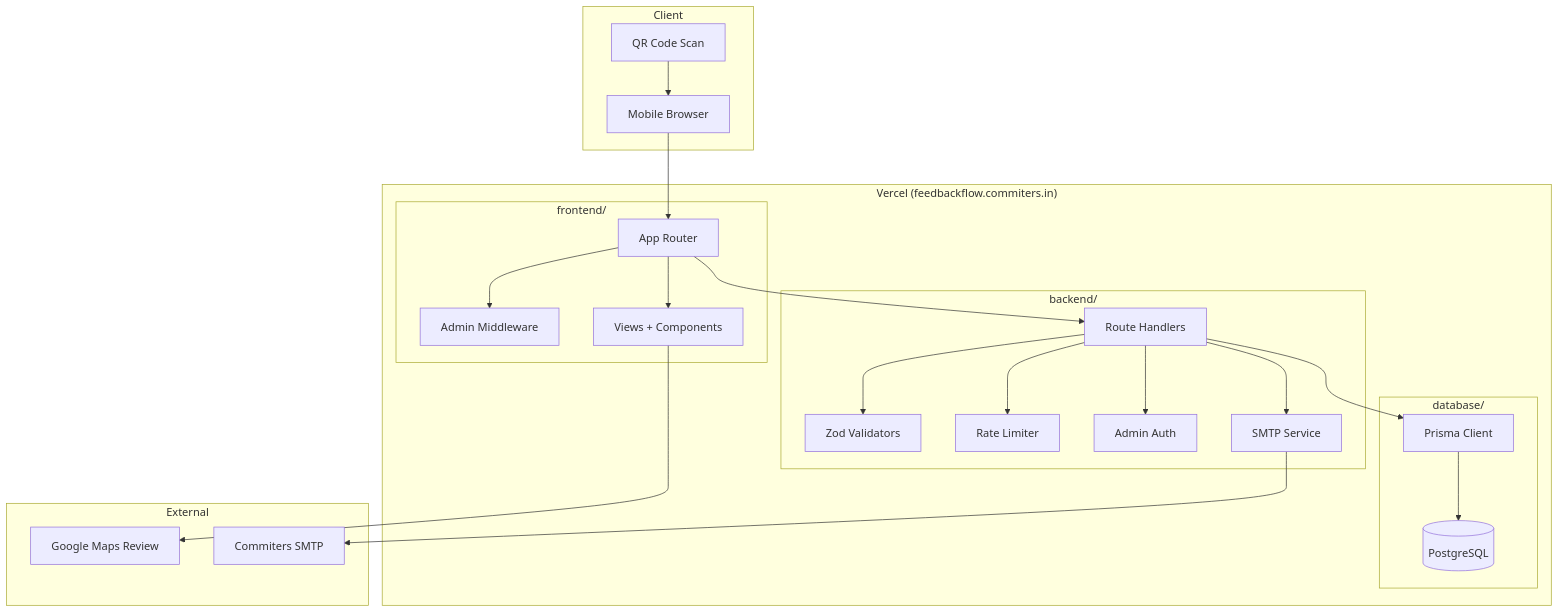
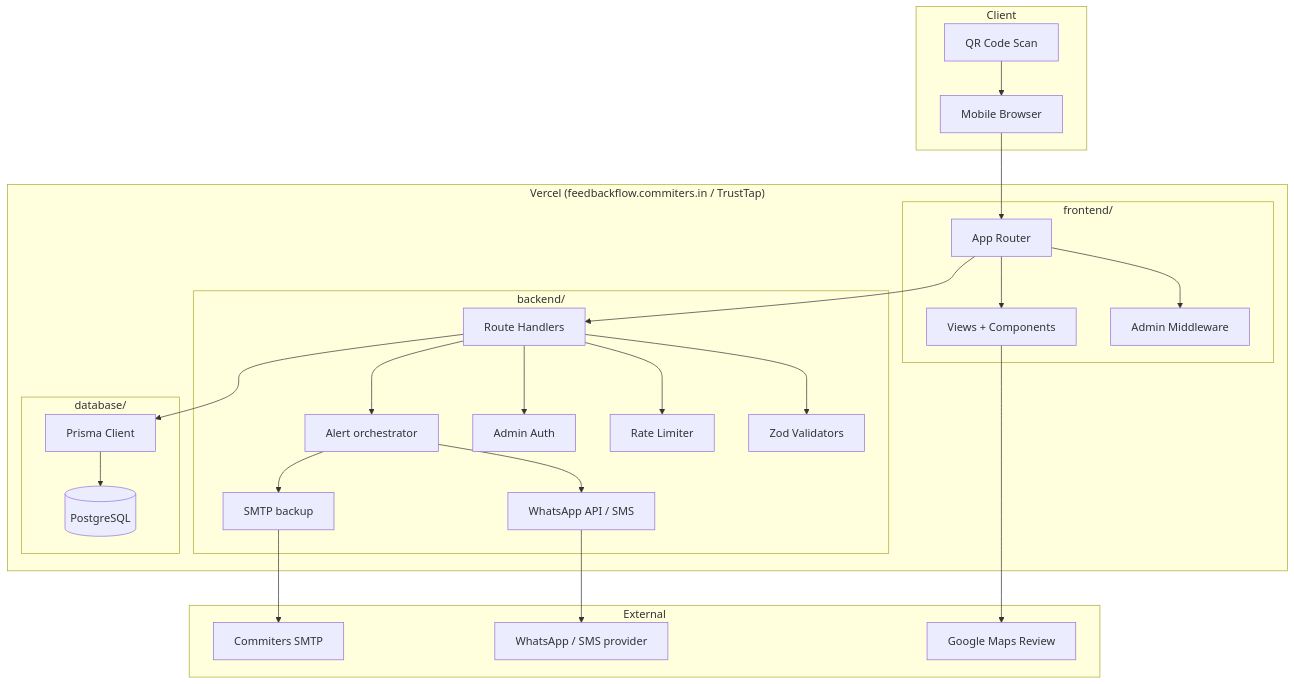
Before and after one commit to niteshrav/GoogleReviewQR: the first of 6 diagrams in docs/PHASE_1_ARCHITECTURE.md, drawn with Mermaid. The commit also changed other lines of this file and 9 other files, not shown here.

First line of the commit message:
Align Phase 1 docs with phone-first alerts and competitive positioning.

````diff
--- a/docs/PHASE_1_ARCHITECTURE.md
+++ b/docs/PHASE_1_ARCHITECTURE.md
@@ -27,47 +27,53 @@
 ```mermaid
 flowchart TB
     subgraph Client
         QR[QR Code Scan]
         Browser[Mobile Browser]
     end
 
-    subgraph Vercel["Vercel (feedbackflow.commiters.in)"]
+    subgraph Vercel["Vercel (feedbackflow.commiters.in / TrustTap)"]
         subgraph Frontend["frontend/"]
             AppRouter[App Router]
             Middleware[Admin Middleware]
             Views[Views + Components]
         end
 
         subgraph Backend["backend/"]
             Routes[Route Handlers]
             Validators[Zod Validators]
             RateLimit[Rate Limiter]
             Auth[Admin Auth]
-            Email[SMTP Service]
+            Alerts[Alert orchestrator]
+            Email[SMTP backup]
+            Phone[WhatsApp API / SMS]
         end
 
         subgraph Database["database/"]
             Prisma[Prisma Client]
             Schema[(PostgreSQL)]
         end
     end
 
     subgraph External
         Google[Google Maps Review]
         SMTP[Commiters SMTP]
+        WA[WhatsApp / SMS provider]
     end
 
     QR --> Browser
     Browser --> AppRouter
     AppRouter --> Middleware
     AppRouter --> Views
     AppRouter --> Routes
     Routes --> Validators
     Routes --> RateLimit
     Routes --> Auth
-    Routes --> Email
+    Routes --> Alerts
+    Alerts --> Phone
+    Alerts --> Email
     Routes --> Prisma
     Prisma --> Schema
     Views --> Google
     Email --> SMTP
+    Phone --> WA
 ```
````
